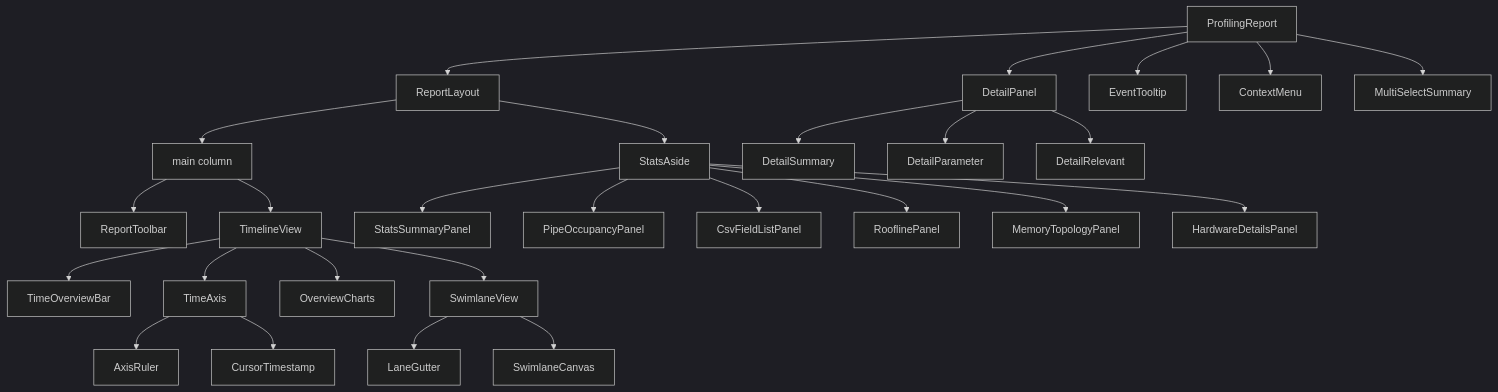
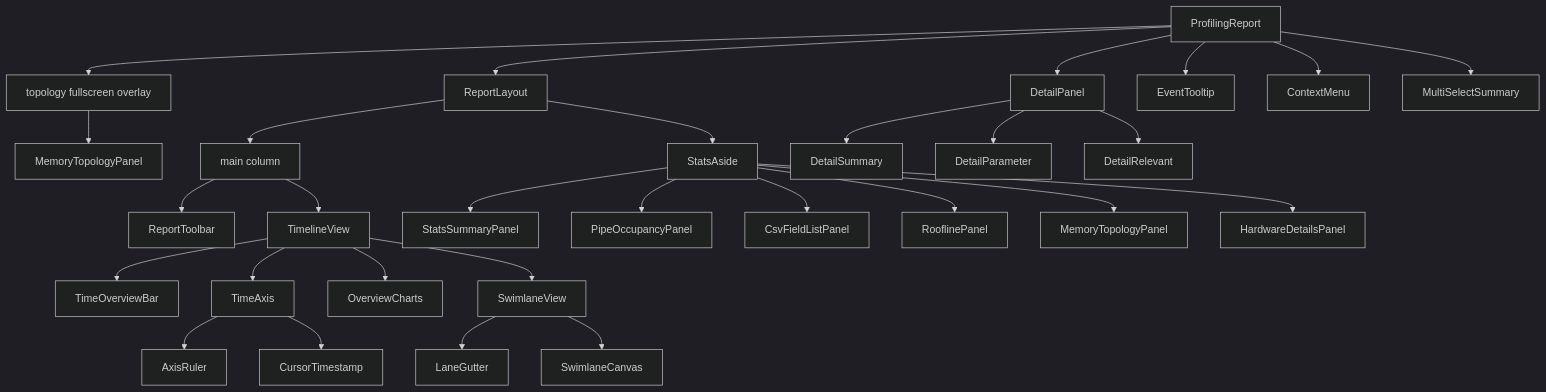
The diagram in src/ui/COMPONENT_TREE.md (IdeFrontend/profiling-report), drawn with Mermaid (dark theme) before and after one commit. The commit also changed other lines of this file and 15 other files, not shown here.

First line of the commit message:
feat: overlay memory topology fullscreen on the report root

````diff
--- a/src/ui/COMPONENT_TREE.md
+++ b/src/ui/COMPONENT_TREE.md
@@ -9,30 +9,32 @@
 ```mermaid
 flowchart TB
   root[ProfilingReport]
   root --> layout[ReportLayout]
+  root --> topoFs[topology fullscreen overlay]
   root --> detail[DetailPanel]
   root --> tip[EventTooltip]
   root --> menu[ContextMenu]
   root --> multi[MultiSelectSummary]
+  topoFs --> memFs[MemoryTopologyPanel]
   layout --> mainCol[main column]
   layout --> aside[StatsAside]
   mainCol --> toolbar[ReportToolbar]
   mainCol --> timeline[TimelineView]
   timeline --> overviewBar[TimeOverviewBar]
   timeline --> timeAxis[TimeAxis]
   timeAxis --> ruler[AxisRuler]
   timeAxis --> cursor[CursorTimestamp]
   timeline --> overviewCharts[OverviewCharts]
   timeline --> swim[SwimlaneView]
   swim --> gutter[LaneGutter]
   swim --> canvas[SwimlaneCanvas]
   aside --> summary[StatsSummaryPanel]
   aside --> pipe[PipeOccupancyPanel]
   aside --> csv[CsvFieldListPanel]
   aside --> roof[RooflinePanel]
   aside --> mem[MemoryTopologyPanel]
   aside --> hw[HardwareDetailsPanel]
   detail --> dsum[DetailSummary]
   detail --> dparam[DetailParameter]
   detail --> drel[DetailRelevant]
 ```
````
